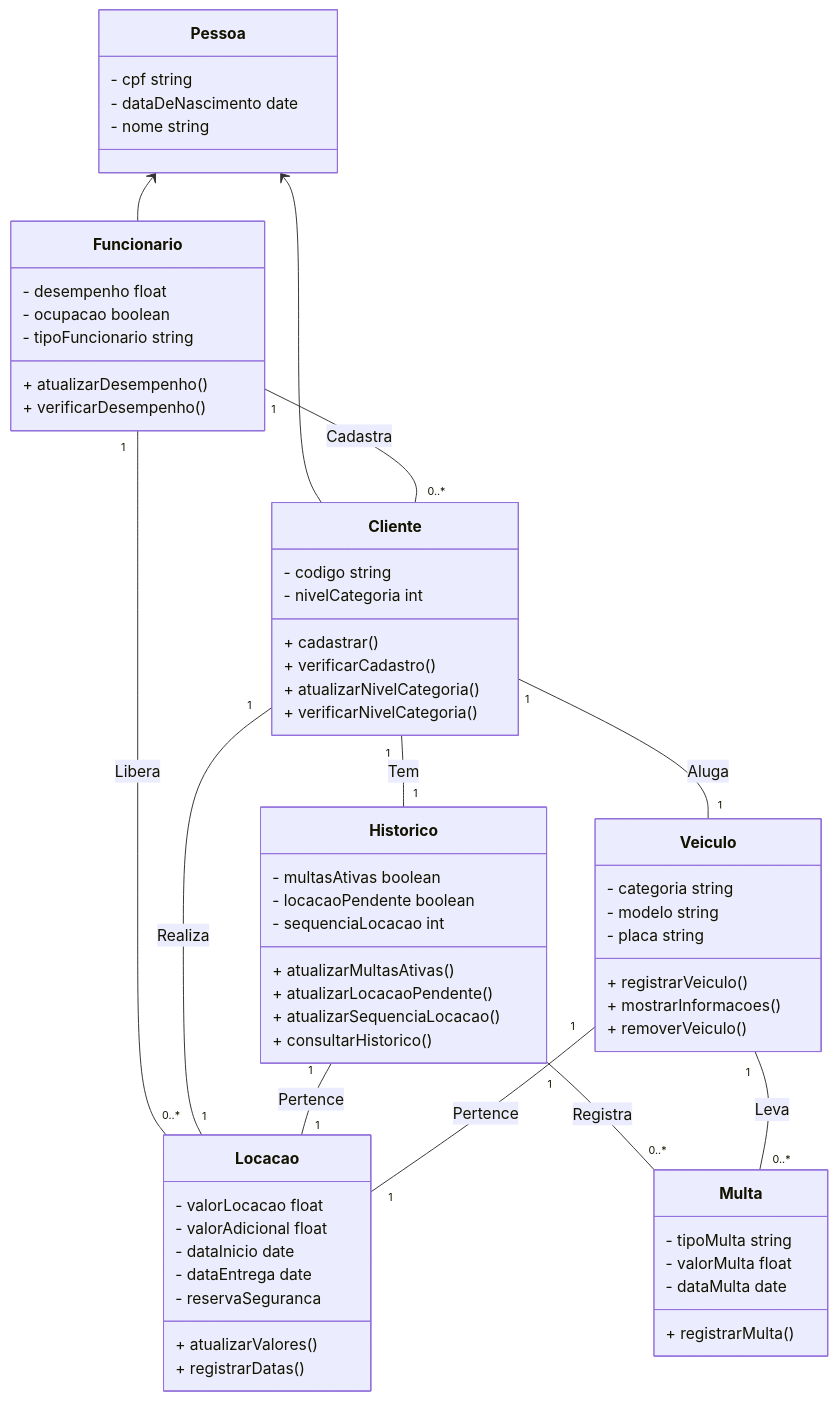
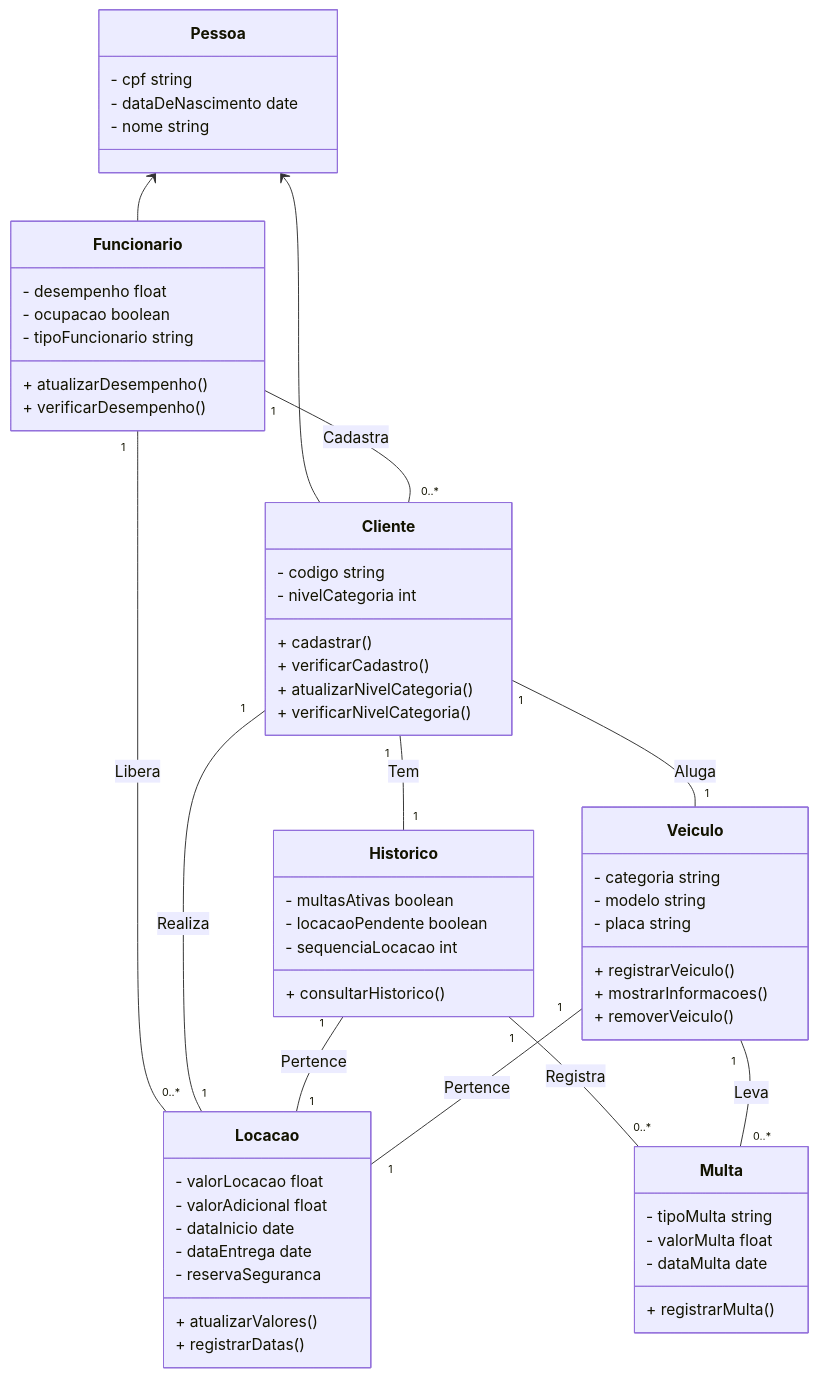
The diagram in README.md (iagorosa28/mod_software), drawn with Mermaid before and after one commit.

````diff
--- a/README.md
+++ b/README.md
@@ -62,73 +62,70 @@
 ```mermaid
 classDiagram
   Pessoa <-- Cliente
   Pessoa <-- Funcionario
   Funcionario "1" -- "0..*" Cliente : Cadastra
   Funcionario "1" -- "0..*" Locacao : Libera
   Cliente "1" -- "1" Locacao : Realiza
   Cliente "1" -- "1" Veiculo : Aluga
   Cliente "1" -- "1" Historico : Tem
   Historico "1" -- "1" Locacao : Pertence
   Historico "1" -- "0..*" Multa : Registra
   Veiculo "1" -- "1" Locacao : Pertence
   Veiculo "1" -- "0..*" Multa : Leva
 
   class Pessoa{
   - cpf string
   - dataDeNascimento date
   - nome string
   }
 
   class Cliente{
   - codigo string
   - nivelCategoria int
   + cadastrar()
   + verificarCadastro()
   + atualizarNivelCategoria()
   + verificarNivelCategoria()
   }
 
   class Funcionario{
   - desempenho float
   - ocupacao boolean
   - tipoFuncionario string
   + atualizarDesempenho()
   + verificarDesempenho()
   }
 
   class Historico{
   - multasAtivas boolean
   - locacaoPendente boolean
   - sequenciaLocacao int
-  + atualizarMultasAtivas()
-  + atualizarLocacaoPendente()
-  + atualizarSequenciaLocacao()
   + consultarHistorico()
   }
 
   class Locacao{
   - valorLocacao float
   - valorAdicional float
   - dataInicio date
   - dataEntrega date
   - reservaSeguranca
   + atualizarValores()
   + registrarDatas()
   }
 
   class Veiculo{
   - categoria string
   - modelo string
   - placa string
   + registrarVeiculo()
   + mostrarInformacoes()
   + removerVeiculo()
   }
 
   class Multa{
   - tipoMulta string
   - valorMulta float
   - dataMulta date
   + registrarMulta()
   }
 ```
````
